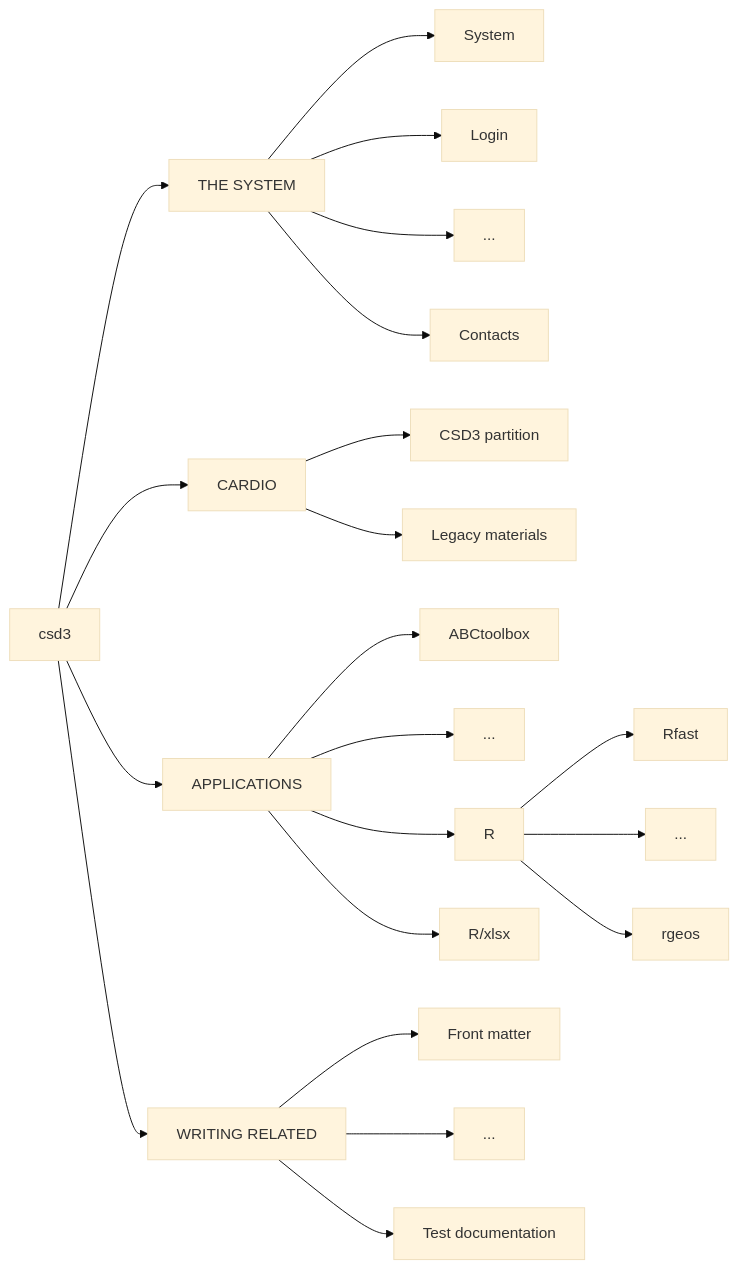
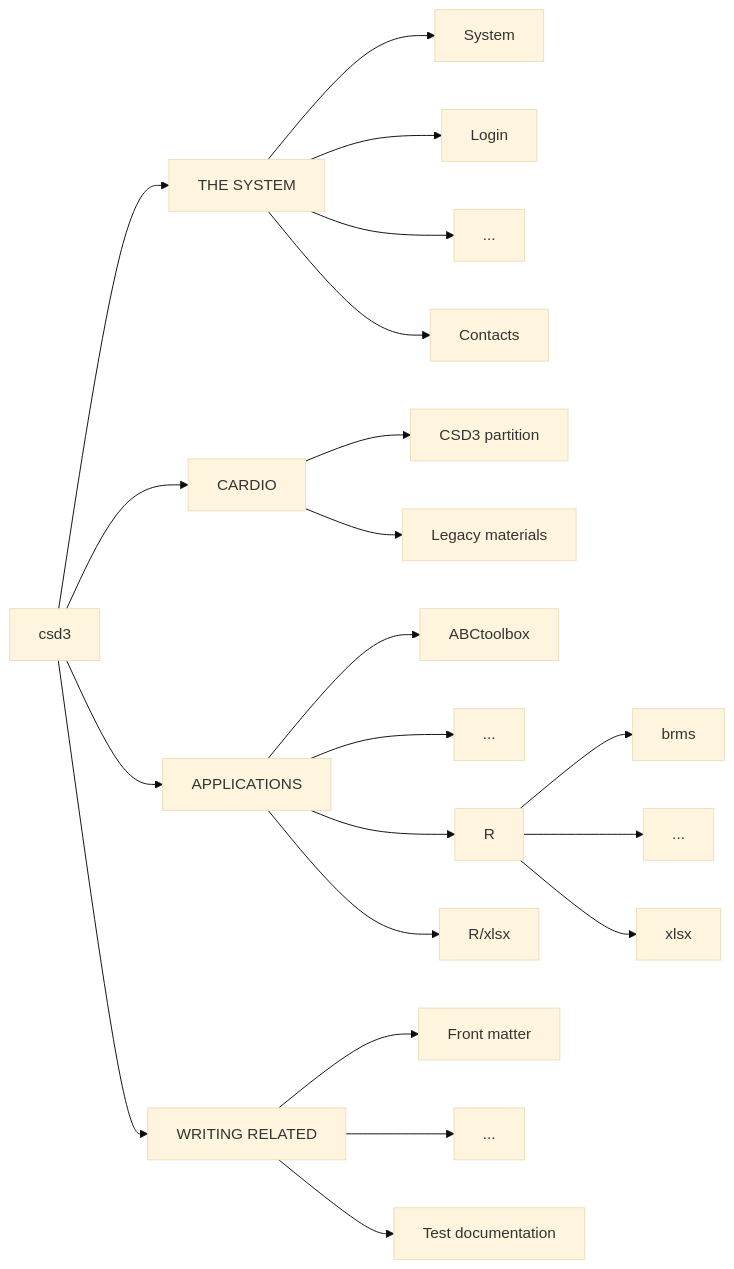
The diagram in docs/README.md (cambridge-ceu/csd3), drawn with Mermaid (base theme) before and after one commit.

````diff
--- a/docs/README.md
+++ b/docs/README.md
@@ -10,23 +10,23 @@
 ```mermaid
 graph LR;
 csd3 --> system["THE SYSTEM"]
 csd3 --> cardio["CARDIO"]
 csd3 --> applications["APPLICATIONS"]
 csd3 --> wr["WRITING RELATED"]
 system --> System
 system --> Login
 system --> sysdot["..."]
 system --> Contacts
 cardio --> cp["CSD3 partition"]
 cardio --> lm["Legacy materials"]
 applications --> ABCtoolbox
 applications --> appdot["..."]
 applications --> R
-R --> Rfast
+R --> brms
 R --> Rdot["..."]
-R --> rgeos
+R --> xlsx
 applications --> R/xlsx
 wr --> fr["Front matter"]
 wr --> wrdot["..."]
 wr --> td["Test documentation"]
 ```
````
